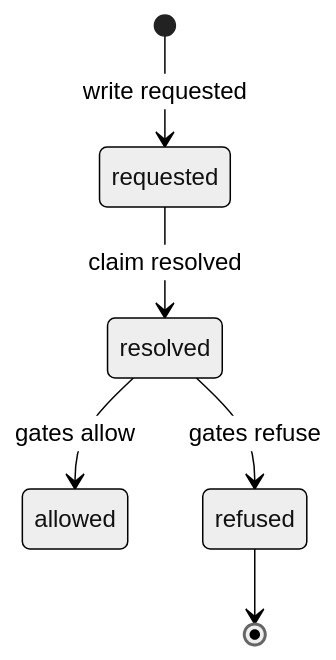
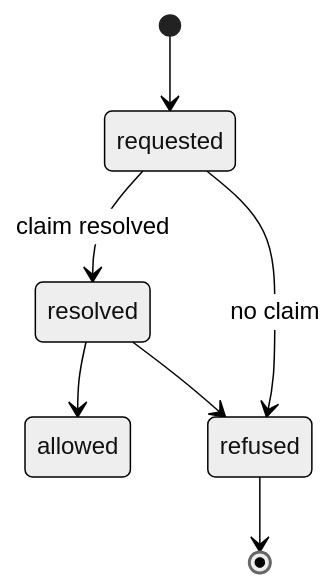
The second of 3 diagrams in openspec/changes/job-token-rules-state-write/design.md (OpenDustpan/OpenDustpan), drawn with Mermaid (neutral theme) before and after one commit. The commit also changed other lines of this file and 35 other files, not shown here.

````diff
--- a/openspec/changes/job-token-rules-state-write/design.md
+++ b/openspec/changes/job-token-rules-state-write/design.md
@@ -44,8 +41,9 @@
 ```mermaid
 stateDiagram-v2
-[*] --> requested: write requested
+[*] --> requested
 requested --> resolved: claim resolved
-resolved --> allowed: gates allow
-resolved --> refused: gates refuse
+resolved --> allowed
+resolved --> refused
+requested --> refused: no claim
 refused --> [*]
 ```
````
